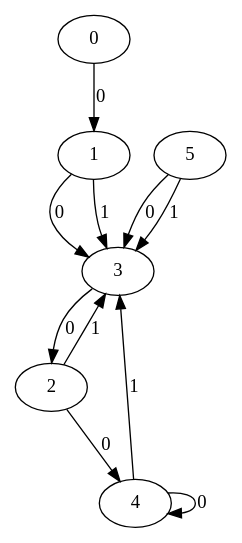
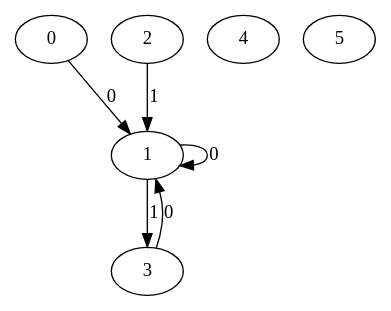
Before and after one commit to fjodor-rybakov/TAiFA: the diagram in determination/determination/test.dot, drawn with Graphviz. The commit also changed 1 other file, not shown here.

```diff
--- a/determination/determination/test.dot
+++ b/determination/determination/test.dot
@@ -1,18 +1,13 @@
 digraph G {
 0;
 1;
 2;
 3;
 4;
 5;
 0->1  [label=0, weight=0];
-1->3  [label=0, weight=0];
+1->1  [label=0, weight=0];
 1->3  [label=1, weight=1];
-2->4  [label=0, weight=0];
-2->3  [label=1, weight=1];
-3->2  [label=0, weight=0];
-4->4  [label=0, weight=0];
-4->3  [label=1, weight=1];
-5->3  [label=0, weight=0];
-5->3  [label=1, weight=1];
+2->1  [label=1, weight=1];
+3->1  [label=0, weight=0];
 }
```
